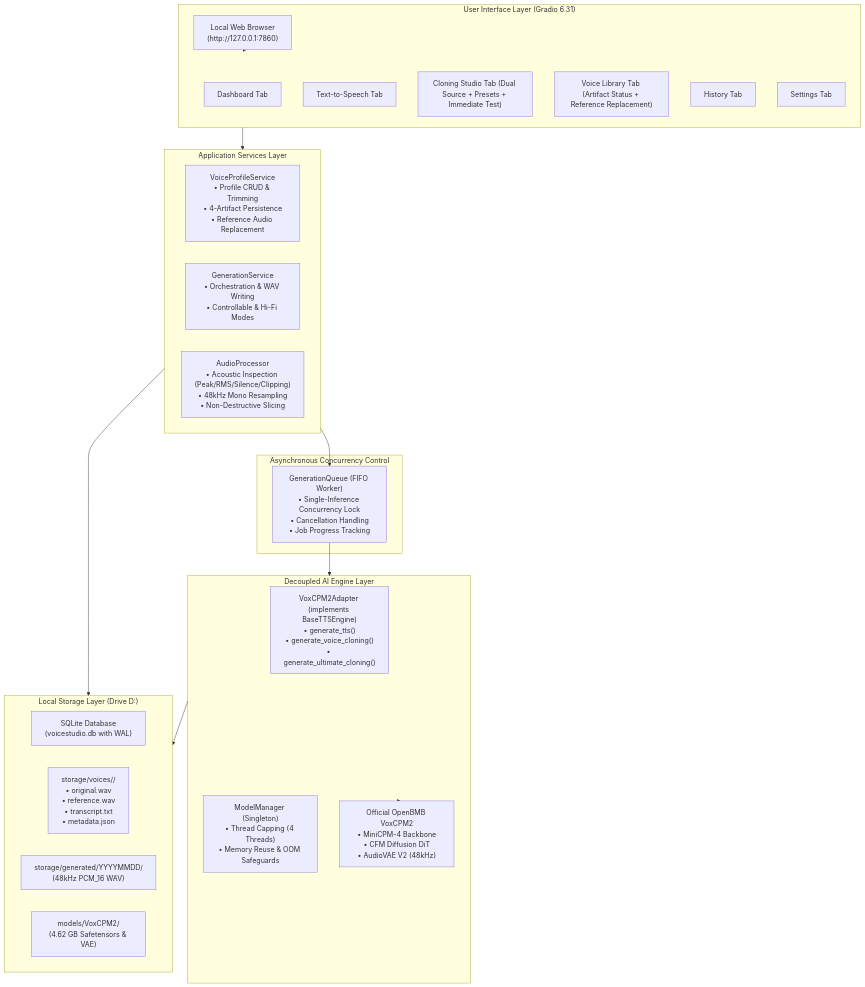
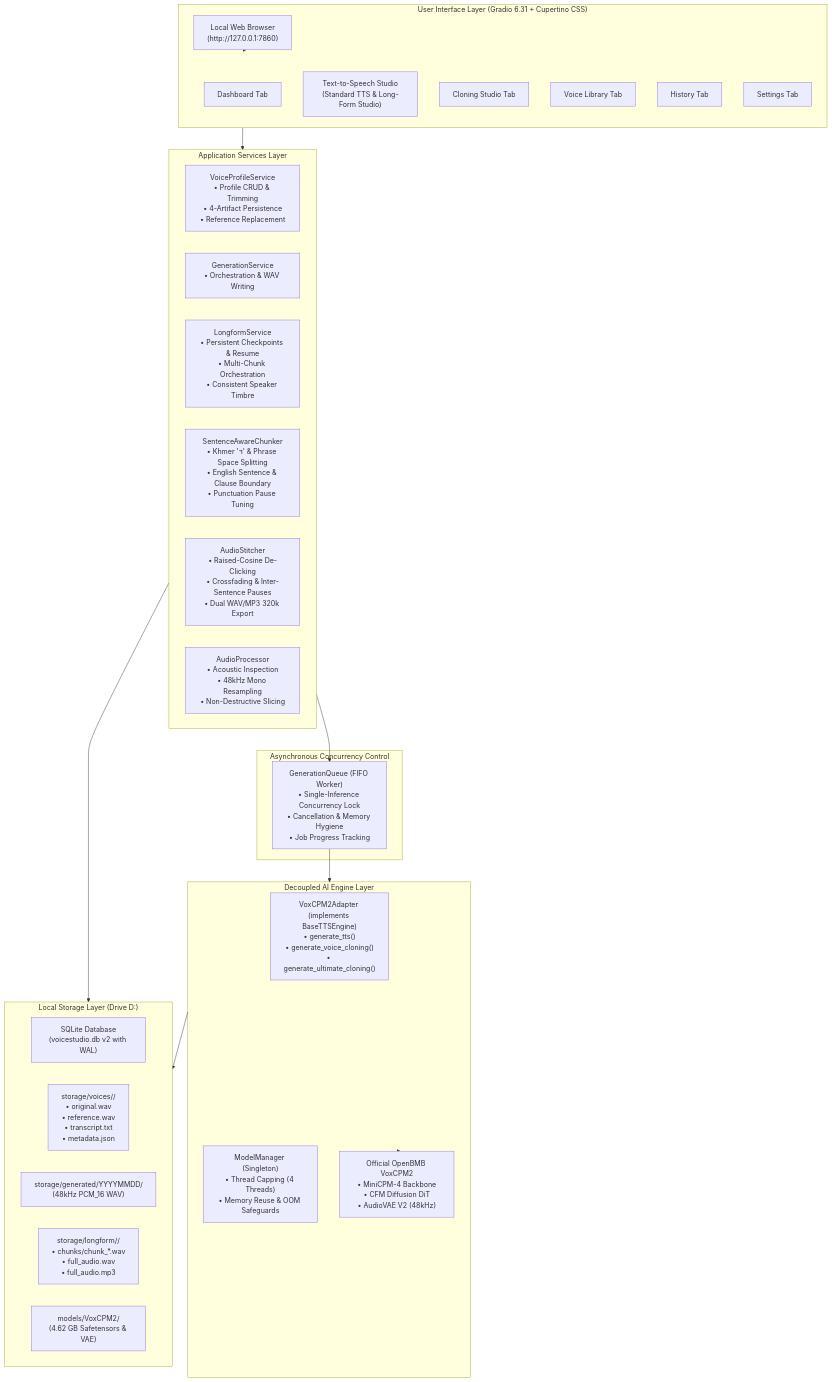
One commit to rak190/Rak-s-TTS changed the diagram in docs/ARCHITECTURE.md. Above: the diagram before and after it, drawn with Mermaid. The commit also changed other lines of this file, not shown here.

Commit message:
docs(stage-4): update architecture documentation to v0.4.0

````diff
--- a/docs/ARCHITECTURE.md
+++ b/docs/ARCHITECTURE.md
@@ -12,43 +12,47 @@
 ```mermaid
 flowchart TD
-    subgraph UI_Layer["User Interface Layer (Gradio 6.31)"]
+    subgraph UI_Layer["User Interface Layer (Gradio 6.31 + Cupertino CSS)"]
         Browser["Local Web Browser<br>(http://127.0.0.1:7860)"]
         DashTab["Dashboard Tab"]
-        TTSTab["Text-to-Speech Tab"]
-        CloneTab["Cloning Studio Tab (Dual Source + Presets + Immediate Test)"]
-        LibTab["Voice Library Tab (Artifact Status + Reference Replacement)"]
+        TTSTab["Text-to-Speech Studio<br>(Standard TTS & Long-Form Studio)"]
+        CloneTab["Cloning Studio Tab"]
+        LibTab["Voice Library Tab"]
         HistTab["History Tab"]
         SetTab["Settings Tab"]
     end
 
     subgraph Service_Layer["Application Services Layer"]
-        VoiceSvc["VoiceProfileService<br>• Profile CRUD & Trimming<br>• 4-Artifact Persistence<br>• Reference Audio Replacement"]
-        GenSvc["GenerationService<br>• Orchestration & WAV Writing<br>• Controllable & Hi-Fi Modes"]
-        AudioProc["AudioProcessor<br>• Acoustic Inspection (Peak/RMS/Silence/Clipping)<br>• 48kHz Mono Resampling<br>• Non-Destructive Slicing"]
+        VoiceSvc["VoiceProfileService<br>• Profile CRUD & Trimming<br>• 4-Artifact Persistence<br>• Reference Replacement"]
+        GenSvc["GenerationService<br>• Orchestration & WAV Writing"]
+        LFService["LongformService<br>• Persistent Checkpoints & Resume<br>• Multi-Chunk Orchestration<br>• Consistent Speaker Timbre"]
+        Chunker["SentenceAwareChunker<br>• Khmer '។' & Phrase Space Splitting<br>• English Sentence & Clause Boundary<br>• Punctuation Pause Tuning"]
+        Stitcher["AudioStitcher<br>• Raised-Cosine De-Clicking<br>• Crossfading & Inter-Sentence Pauses<br>• Dual WAV/MP3 320k Export"]
+        AudioProc["AudioProcessor<br>• Acoustic Inspection<br>• 48kHz Mono Resampling<br>• Non-Destructive Slicing"]
     end
 
     subgraph Queue_Layer["Asynchronous Concurrency Control"]
-        GenQueue["GenerationQueue (FIFO Worker)<br>• Single-Inference Concurrency Lock<br>• Cancellation Handling<br>• Job Progress Tracking"]
+        GenQueue["GenerationQueue (FIFO Worker)<br>• Single-Inference Concurrency Lock<br>• Cancellation & Memory Hygiene<br>• Job Progress Tracking"]
     end
 
     subgraph Engine_Layer["Decoupled AI Engine Layer"]
         Adapter["VoxCPM2Adapter (implements BaseTTSEngine)<br>• generate_tts()<br>• generate_voice_cloning()<br>• generate_ultimate_cloning()"]
         ModelMgr["ModelManager (Singleton)<br>• Thread Capping (4 Threads)<br>• Memory Reuse & OOM Safeguards"]
         VoxCPM["Official OpenBMB VoxCPM2<br>• MiniCPM-4 Backbone<br>• CFM Diffusion DiT<br>• AudioVAE V2 (48kHz)"]
     end
 
     subgraph Storage_Layer["Local Storage Layer (Drive D:)"]
-        SQLite["SQLite Database<br>(voicestudio.db with WAL)"]
+        SQLite["SQLite Database<br>(voicestudio.db v2 with WAL)"]
         VoiceDir["storage/voices/<id>/<br>• original.wav<br>• reference.wav<br>• transcript.txt<br>• metadata.json"]
         GenDir["storage/generated/YYYYMMDD/<br>(48kHz PCM_16 WAV)"]
+        LFDir["storage/longform/<job_id>/<br>• chunks/chunk_*.wav<br>• full_audio.wav<br>• full_audio.mp3"]
         ModelDir["models/VoxCPM2/<br>(4.62 GB Safetensors & VAE)"]
     end
 
     Browser --> UI_Layer
     UI_Layer --> Service_Layer
     Service_Layer --> GenQueue
     GenQueue --> Engine_Layer
     Engine_Layer --> VoxCPM
     Service_Layer --> Storage_Layer
     Engine_Layer --> Storage_Layer
 ```
````
